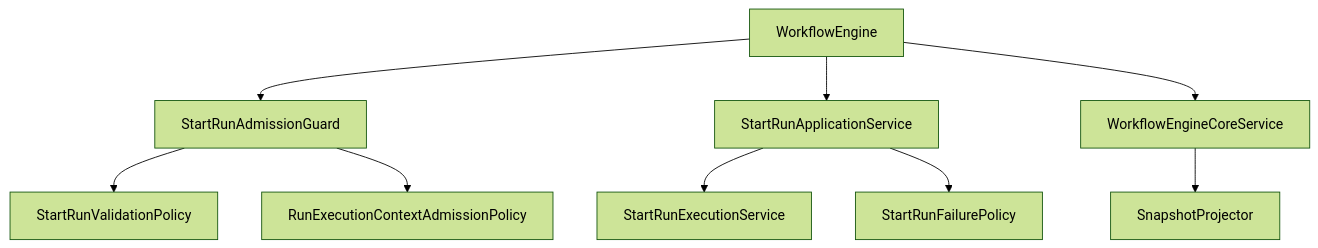
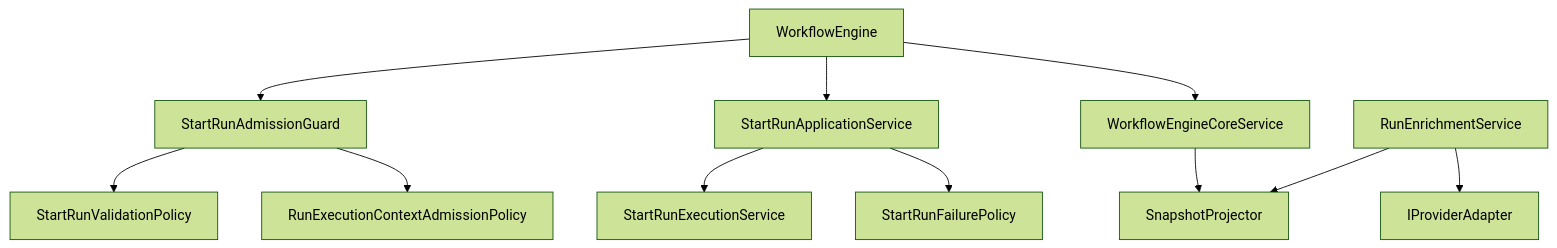
The second of 5 diagrams in docs/architecture/components/engine/architecture/workflow-engine-subsystem-context.md (dunay2/dvt), drawn with Mermaid (forest theme) before and after one commit. The commit also changed other lines of this file and 39 other files, not shown here.

Commit message:
refactor(engine): Split run enrichment out of engine facade

````diff
--- a/docs/architecture/components/engine/architecture/workflow-engine-subsystem-context.md
+++ b/docs/architecture/components/engine/architecture/workflow-engine-subsystem-context.md
@@ -122,11 +130,13 @@
 ```mermaid
 flowchart TB
   WF["WorkflowEngine"] --> Guard["StartRunAdmissionGuard"]
   WF --> Coord["StartRunApplicationService"]
   WF --> Core["WorkflowEngineCoreService"]
+  Enrich["RunEnrichmentService"] --> Projector["SnapshotProjector"]
+  Enrich --> Provider["IProviderAdapter"]
   Coord --> Exec["StartRunExecutionService"]
   Coord --> Fail["StartRunFailurePolicy"]
   Core --> Projector["SnapshotProjector"]
   Guard --> Validation["StartRunValidationPolicy"]
   Guard --> RunCtxPolicy["RunExecutionContextAdmissionPolicy"]
 ```
````
